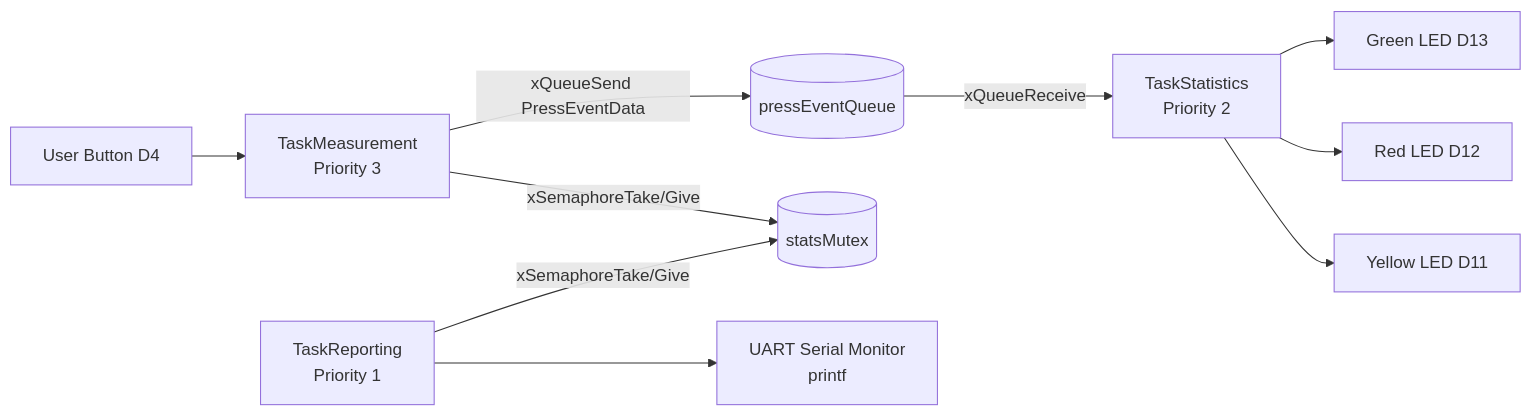
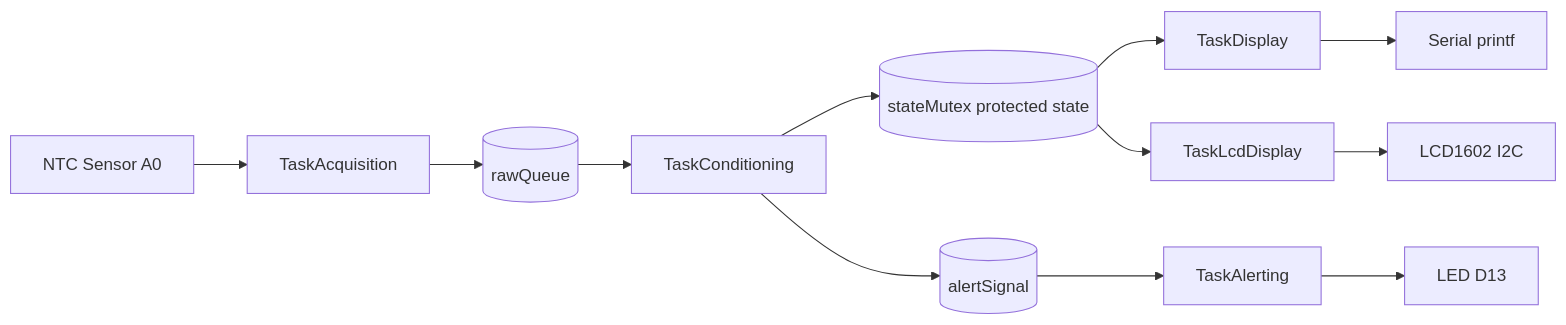
Before and after one commit to danganhuh/ES_labs: the second of 7 diagrams in lib/reports/LAB2_REPORT.md, drawn with Mermaid. The commit also changed other lines of this file and 14 other files, not shown here.

````diff
--- a/lib/reports/LAB2_REPORT.md
+++ b/lib/reports/LAB2_REPORT.md
@@ -120,12 +153,14 @@
 ```mermaid
 flowchart LR
-	U[User Button D4] --> M[TaskMeasurement\nPriority 3]
-	M -->|xQueueSend PressEventData| Q[(pressEventQueue)]
-	M -->|xSemaphoreTake/Give| MX[(statsMutex)]
-	Q -->|xQueueReceive| S[TaskStatistics\nPriority 2]
-	S --> LG[Green LED D13]
-	S --> LR[Red LED D12]
-	S --> LY[Yellow LED D11]
-	R[TaskReporting\nPriority 1] -->|xSemaphoreTake/Give| MX
-	R --> UART[UART Serial Monitor\nprintf]
+    S[NTC Sensor A0] --> ACQ[TaskAcquisition]
+    ACQ --> Q[(rawQueue)]
+    Q --> COND[TaskConditioning]
+    COND --> M[(stateMutex protected state)]
+    COND --> SEM[(alertSignal)]
+    SEM --> ALT[TaskAlerting]
+    ALT --> LED[LED D13]
+    M --> REP[TaskDisplay]
+    M --> LCD[TaskLcdDisplay]
+    REP --> UART[Serial printf]
+    LCD --> LCDHW[LCD1602 I2C]
 ```
````
